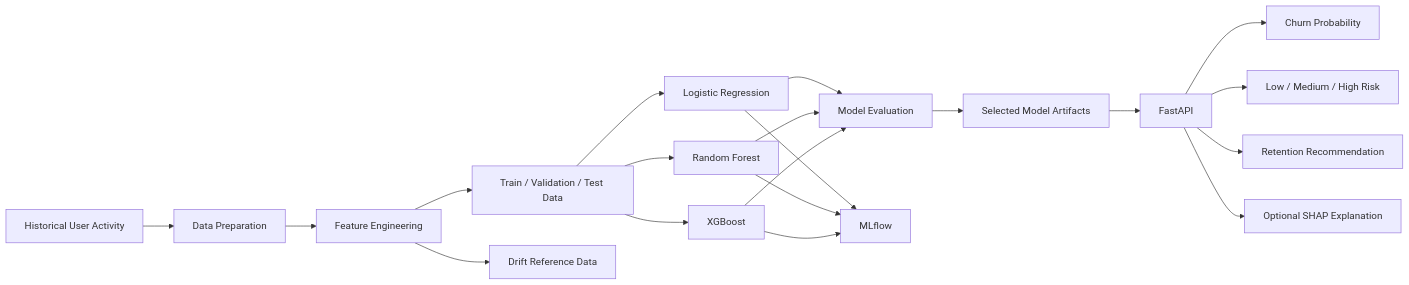
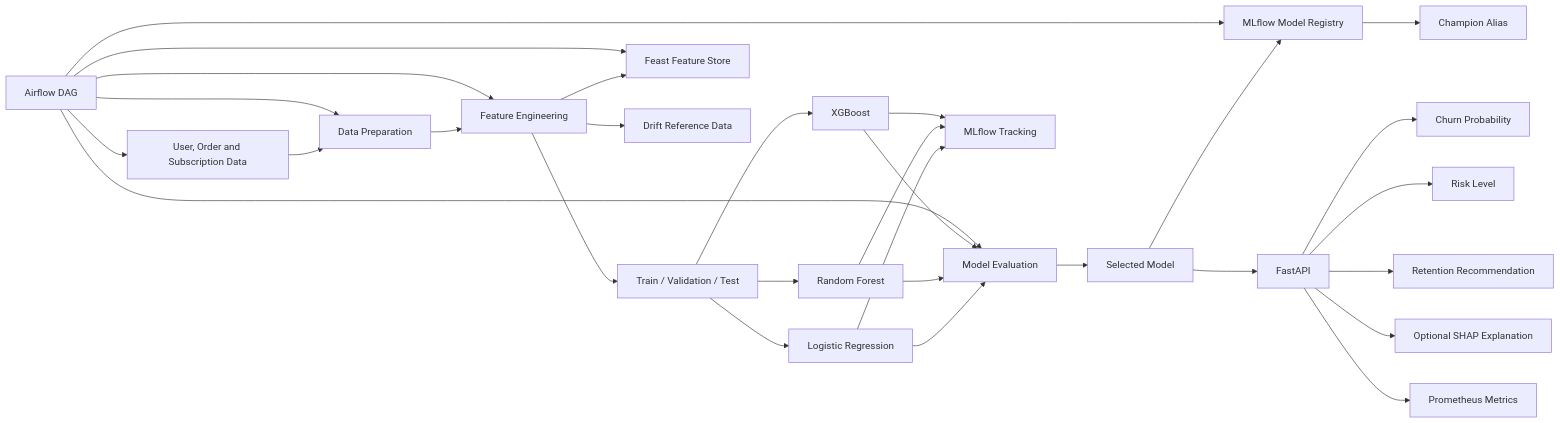
The diagram in README.md (VijayaKumarchinta/Haett_MLOps_Intern_Assessment_), drawn with Mermaid before and after one commit. The commit also changed other lines of this file, not shown here.

````diff
--- a/README.md
+++ b/README.md
@@ -78,22 +80,38 @@
 ```mermaid
 flowchart LR
-    A[Historical User Activity] --> B[Data Preparation]
+    A[User, Order and Subscription Data] --> B[Data Preparation]
     B --> C[Feature Engineering]
-    C --> D[Train / Validation / Test Data]
+    C --> D[Train / Validation / Test]
     D --> E[Logistic Regression]
     D --> F[Random Forest]
     D --> G[XGBoost]
+
     E --> H[Model Evaluation]
     F --> H
     G --> H
-    E --> I[MLflow]
+
+    E --> I[MLflow Tracking]
     F --> I
     G --> I
-    H --> J[Selected Model Artifacts]
-    J --> K[FastAPI]
-    K --> L[Churn Probability]
-    K --> M[Low / Medium / High Risk]
-    K --> N[Retention Recommendation]
-    K --> O[Optional SHAP Explanation]
-    C --> P[Drift Reference Data]
+
+    H --> J[Selected Model]
+    J --> K[MLflow Model Registry]
+    K --> L[Champion Alias]
+
+    J --> M[FastAPI]
+    M --> N[Churn Probability]
+    M --> O[Risk Level]
+    M --> P[Retention Recommendation]
+    M --> Q[Optional SHAP Explanation]
+    M --> R[Prometheus Metrics]
+
+    C --> S[Feast Feature Store]
+    C --> T[Drift Reference Data]
+
+    U[Airflow DAG] --> A
+    U --> B
+    U --> C
+    U --> H
+    U --> K
+    U --> S
 ```
````
